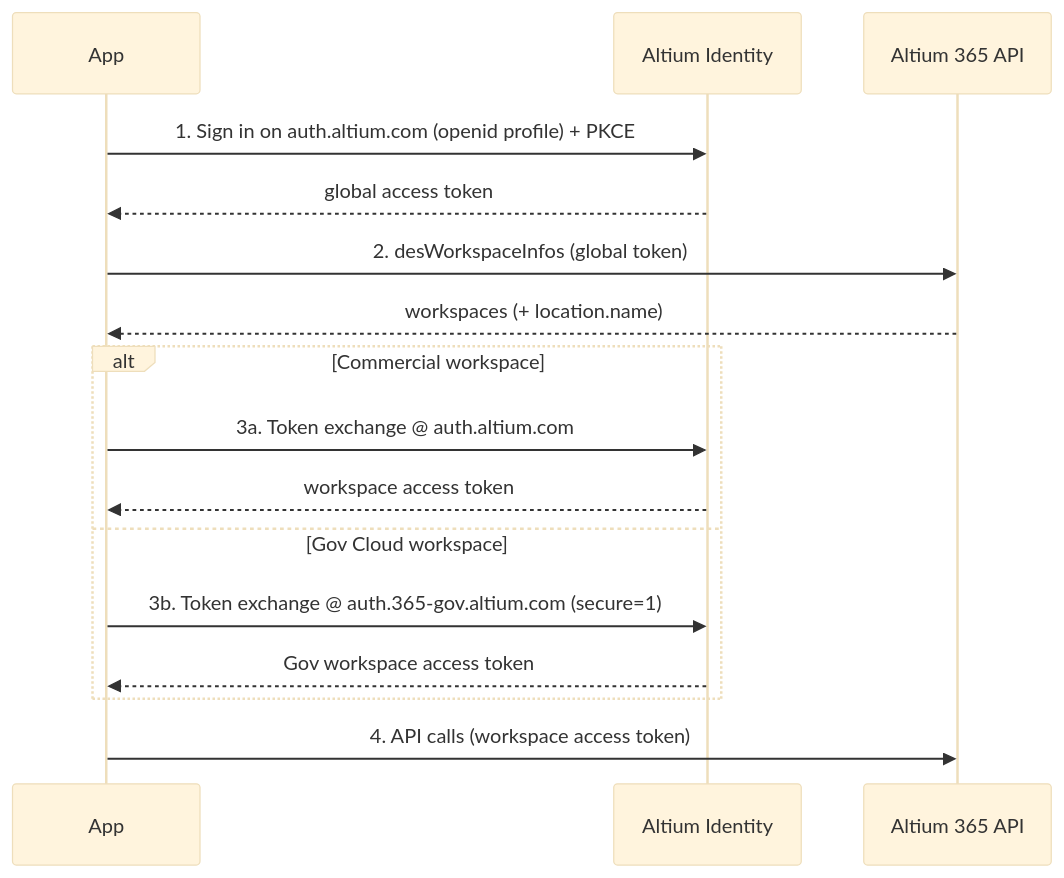
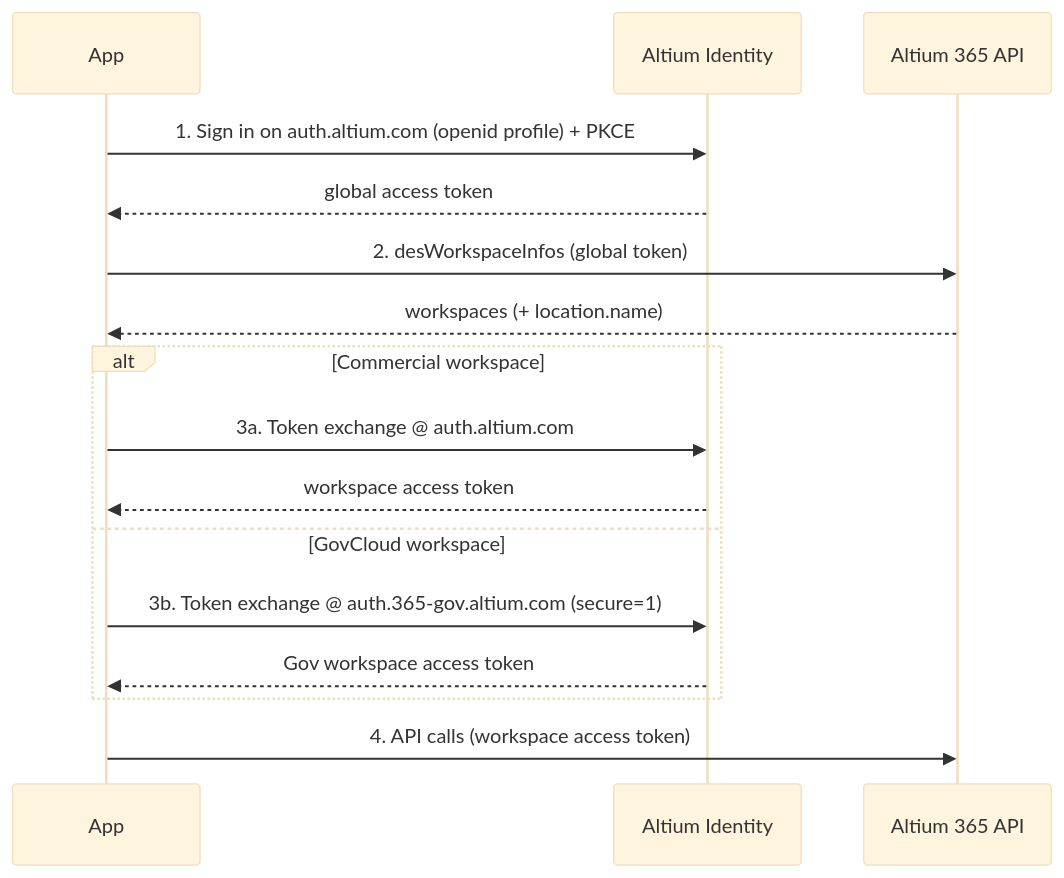
One commit to AltiumDeveloper/altium-auth changed the diagram in docs/guides/overview.md. Above: the diagram before and after it, drawn with Mermaid (base theme). The commit also changed other lines of this file and 19 other files, not shown here.

Commit message:
chore: Properly spell GovCloud

````diff
--- a/docs/guides/overview.md
+++ b/docs/guides/overview.md
@@ -49,18 +49,18 @@
 ```mermaid
 sequenceDiagram
     participant App
     participant Identity as Altium Identity
     participant API as Altium 365 API
     App->>Identity: 1. Sign in on auth.altium.com (openid profile) + PKCE
     Identity-->>App: global access token
     App->>API: 2. desWorkspaceInfos (global token)
     API-->>App: workspaces (+ location.name)
     alt Commercial workspace
         App->>Identity: 3a. Token exchange @ auth.altium.com
         Identity-->>App: workspace access token
-    else Gov Cloud workspace
+    else GovCloud workspace
         App->>Identity: 3b. Token exchange @ auth.365-gov.altium.com (secure=1)
         Identity-->>App: Gov workspace access token
     end
     App->>API: 4. API calls (workspace access token)
 ```
````
